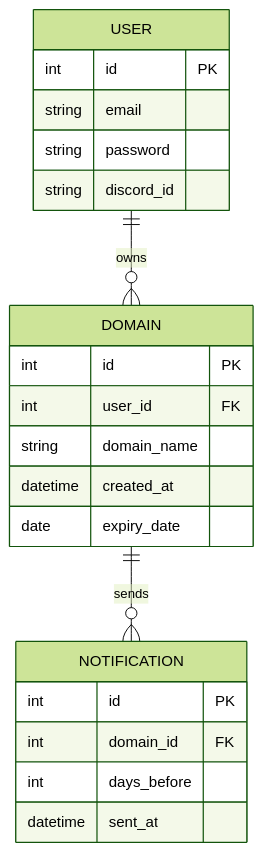
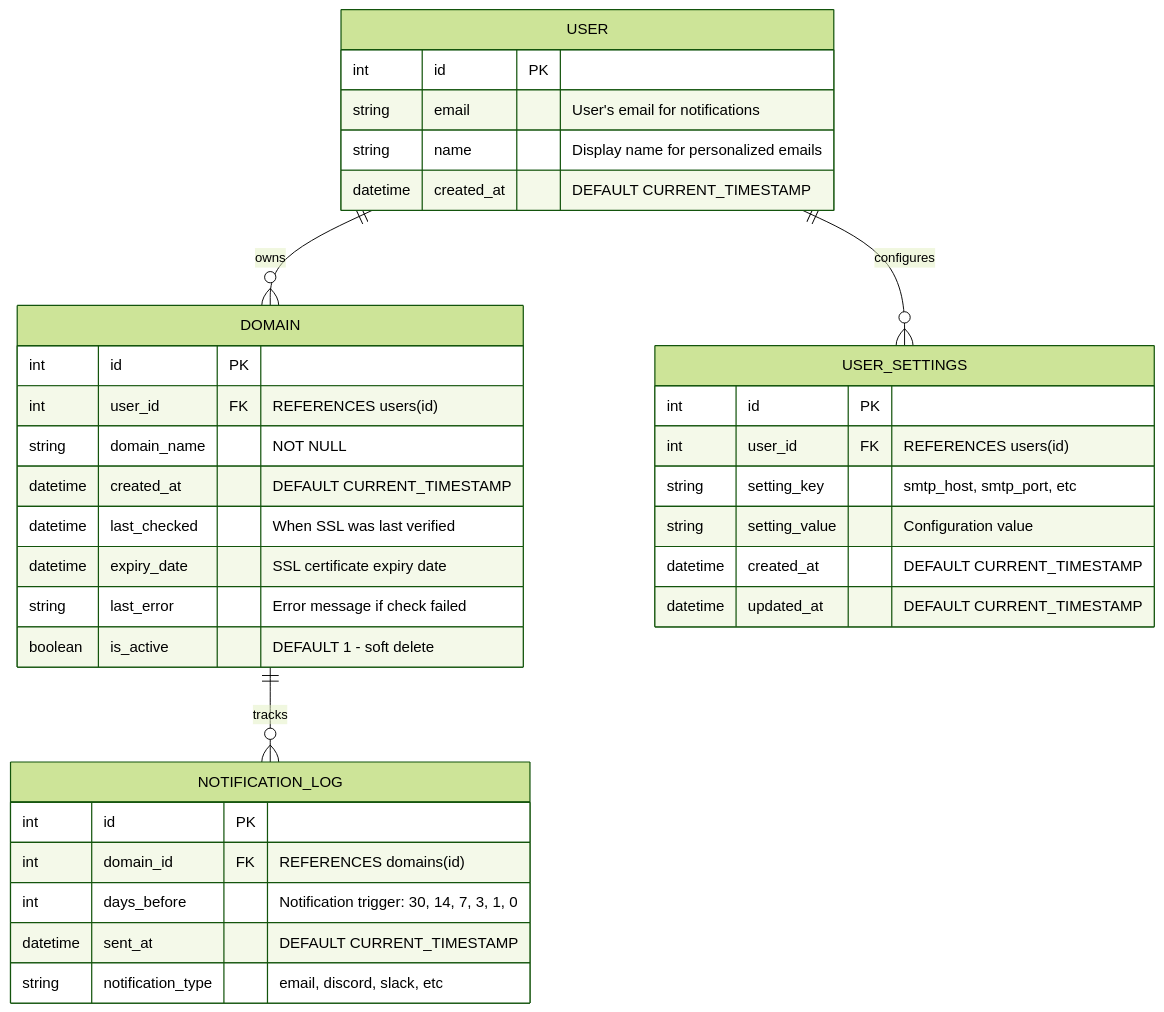
Before and after one commit to samokw/ssl_tracker: the diagram in README.MD, drawn with Mermaid (forest theme). The commit also changed 3 other files, not shown here.

````diff
--- a/README.MD
+++ b/README.MD
@@ -23,28 +23,41 @@
 ```mermaid
 erDiagram
     USER ||--o{ DOMAIN : owns
-    DOMAIN ||--o{ NOTIFICATION : sends
+    USER ||--o{ USER_SETTINGS : configures
+    DOMAIN ||--o{ NOTIFICATION_LOG : tracks
 
     USER {
         int id PK
-        string email
-        string password
-        string discord_id
+        string email "User's email for notifications"
+        string name "Display name for personalized emails"
+        datetime created_at "DEFAULT CURRENT_TIMESTAMP"
+    }
+
+    USER_SETTINGS {
+        int id PK
+        int user_id FK "REFERENCES users(id)"
+        string setting_key "smtp_host, smtp_port, etc"
+        string setting_value "Configuration value"
+        datetime created_at "DEFAULT CURRENT_TIMESTAMP"
+        datetime updated_at "DEFAULT CURRENT_TIMESTAMP"
     }
 
     DOMAIN {
         int id PK
-        int user_id FK
-        string domain_name
-        datetime created_at
-        date expiry_date
+        int user_id FK "REFERENCES users(id)"
+        string domain_name "NOT NULL"
+        datetime created_at "DEFAULT CURRENT_TIMESTAMP"
+        datetime last_checked "When SSL was last verified"
+        datetime expiry_date "SSL certificate expiry date"
+        string last_error "Error message if check failed"
+        boolean is_active "DEFAULT 1 - soft delete"
     }
 
-    NOTIFICATION {
+    NOTIFICATION_LOG {
         int id PK
-        int domain_id FK
-        int days_before
-        datetime sent_at
+        int domain_id FK "REFERENCES domains(id)"
+        int days_before "Notification trigger: 30, 14, 7, 3, 1, 0"
+        datetime sent_at "DEFAULT CURRENT_TIMESTAMP"
+        string notification_type "email, discord, slack, etc"
     }
-
 ```
````
